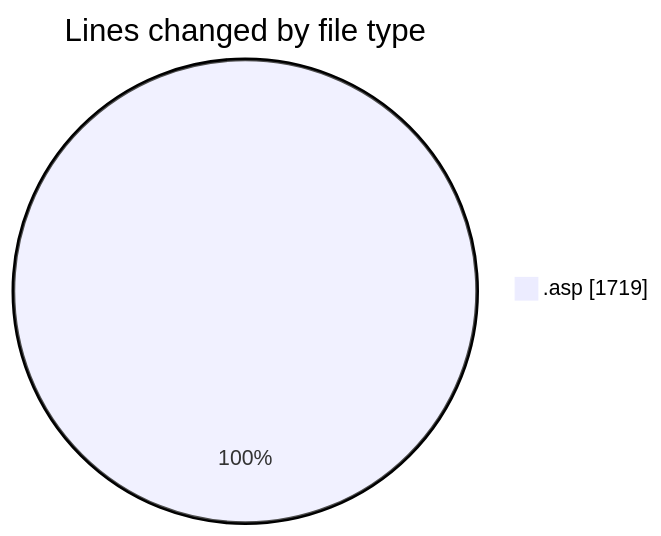
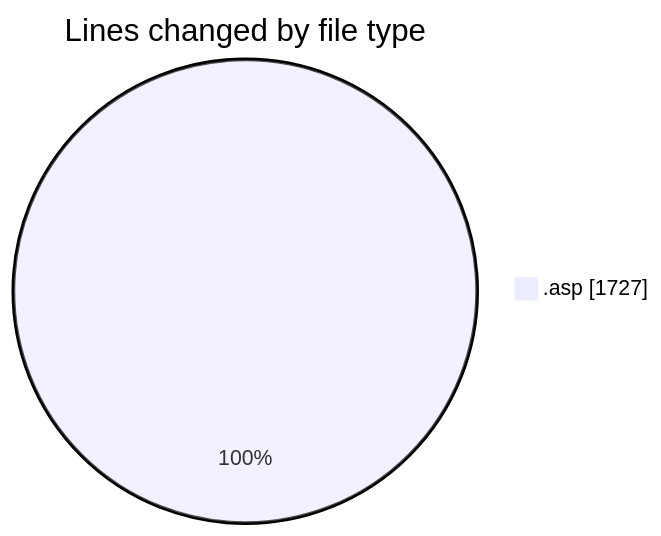
The first of 2 diagrams in 2025-10-21/usr_aleoudev_fr__workspace_/README.md (julien-gomy/code-tracking), drawn with Mermaid before and after one commit. The commit also changed other lines of this file and 1 other file, not shown here.

````diff
--- a/2025-10-21/usr_aleoudev_fr__workspace_/README.md
+++ b/2025-10-21/usr_aleoudev_fr__workspace_/README.md
@@ -20,5 +20,5 @@
 ```mermaid
 pie showData
 title Lines changed by file type
-".asp" : 1719
+".asp" : 1727
 ```
````
